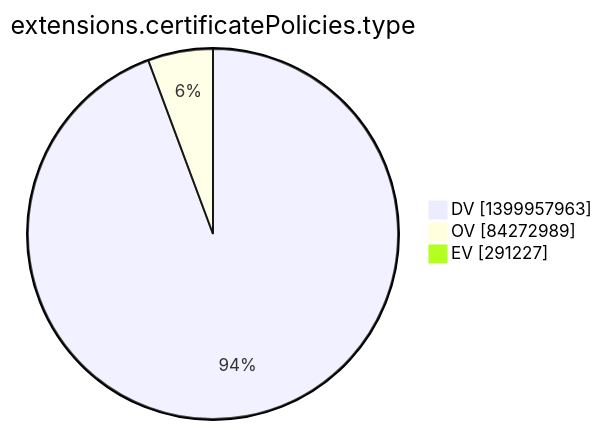
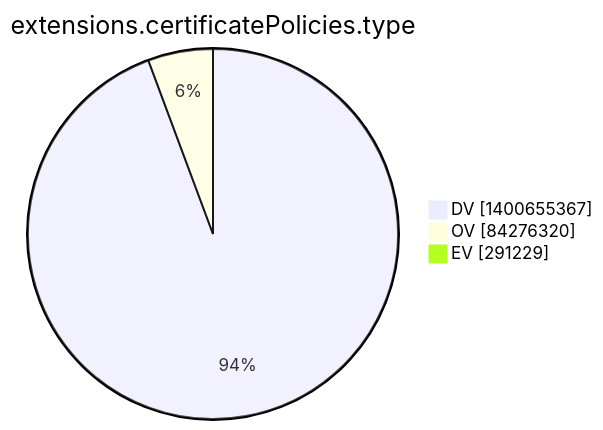
One commit to christiankrug/ctmonitor_visualization changed the tenth of 15 diagrams in argon2022/README.md. Above: the diagram before and after it, drawn with Mermaid. The commit also changed other lines of this file, not shown here.

````diff
--- a/argon2022/README.md
+++ b/argon2022/README.md
@@ -2773,7 +2773,7 @@
 ```mermaid
 pie showData
 title extensions.certificatePolicies.type
-"DV" :1399957963
-"OV" :84272989
-"EV" :291227
+"DV" :1400655367
+"OV" :84276320
+"EV" :291229
 ```
````
